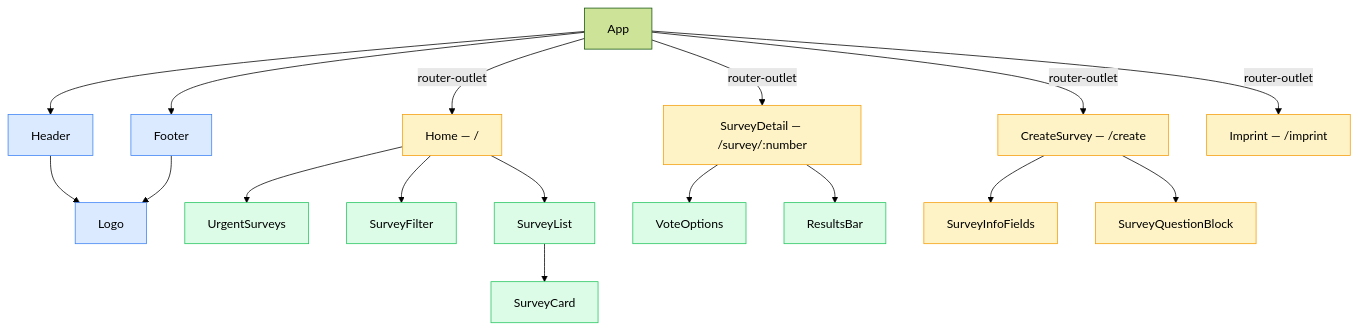
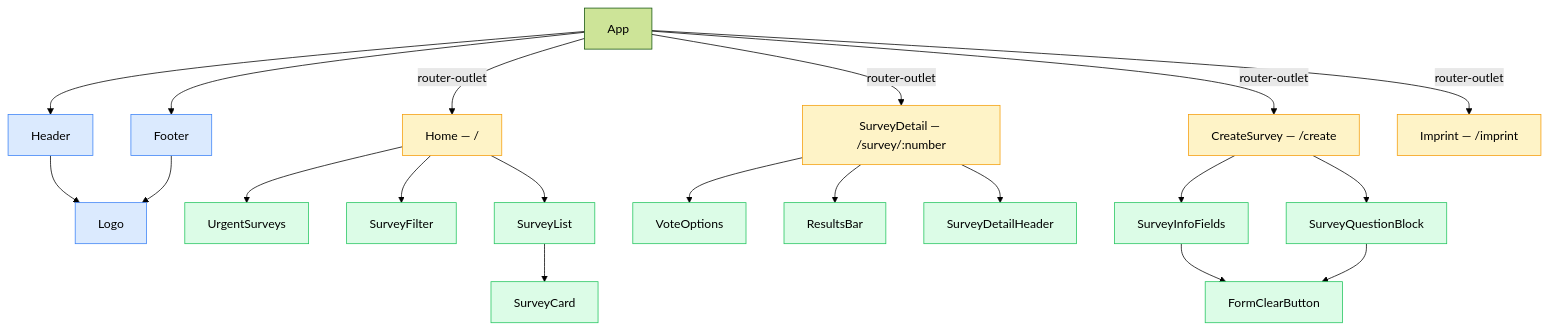
Before and after one commit to ttoebbe/PollApp: the first of 2 diagrams in README.md, drawn with Mermaid (forest theme). The commit also changed other lines of this file, not shown here.

````diff
--- a/README.md
+++ b/README.md
@@ -184,51 +183,56 @@
 ```mermaid
 flowchart TD
     App[App]
 
     Header[Header]
     Footer[Footer]
     Logo[Logo]
 
     Home["Home — /"]
     SurveyDetail["SurveyDetail — /survey/:number"]
     CreateSurvey["CreateSurvey — /create"]
     Imprint["Imprint — /imprint"]
 
     UrgentSurveys[UrgentSurveys]
     SurveyFilter[SurveyFilter]
     SurveyList[SurveyList]
     SurveyCard[SurveyCard]
     VoteOptions[VoteOptions]
     ResultsBar[ResultsBar]
+    SurveyDetailHeader[SurveyDetailHeader]
     SurveyInfoFields[SurveyInfoFields]
     SurveyQuestionBlock[SurveyQuestionBlock]
+    FormClearButton[FormClearButton]
 
     App --> Header
     App --> Footer
     App -->|router-outlet| Home
     App -->|router-outlet| SurveyDetail
     App -->|router-outlet| CreateSurvey
     App -->|router-outlet| Imprint
 
     Header --> Logo
     Footer --> Logo
 
     Home --> UrgentSurveys
     Home --> SurveyFilter
     Home --> SurveyList
     SurveyList --> SurveyCard
 
+    SurveyDetail --> SurveyDetailHeader
     SurveyDetail --> VoteOptions
     SurveyDetail --> ResultsBar
 
     CreateSurvey --> SurveyInfoFields
     CreateSurvey --> SurveyQuestionBlock
+    SurveyInfoFields --> FormClearButton
+    SurveyQuestionBlock --> FormClearButton
 
     classDef layout fill:#dbeafe,stroke:#3b82f6
     classDef page fill:#fef3c7,stroke:#f59e0b
     classDef shared fill:#dcfce7,stroke:#22c55e
 
     class Header,Footer,Logo layout
-    class Home,SurveyDetail,CreateSurvey,Imprint,SurveyInfoFields,SurveyQuestionBlock page
-    class UrgentSurveys,SurveyFilter,SurveyList,SurveyCard,VoteOptions,ResultsBar shared
+    class Home,SurveyDetail,CreateSurvey,Imprint page
+    class UrgentSurveys,SurveyFilter,SurveyList,SurveyCard,VoteOptions,ResultsBar,SurveyDetailHeader,SurveyInfoFields,SurveyQuestionBlock,FormClearButton shared
 ```
````
